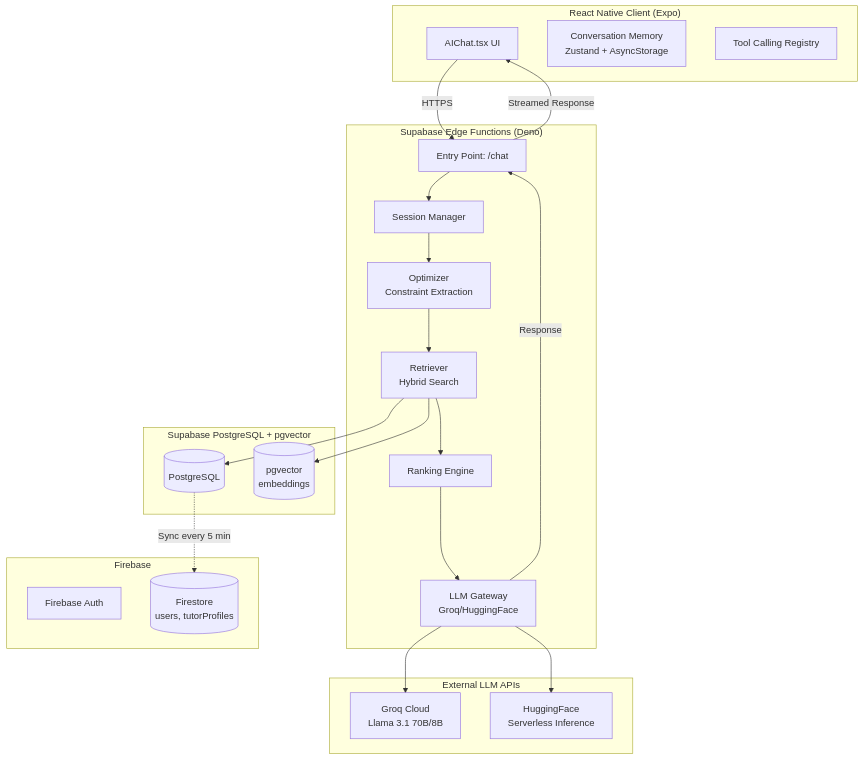
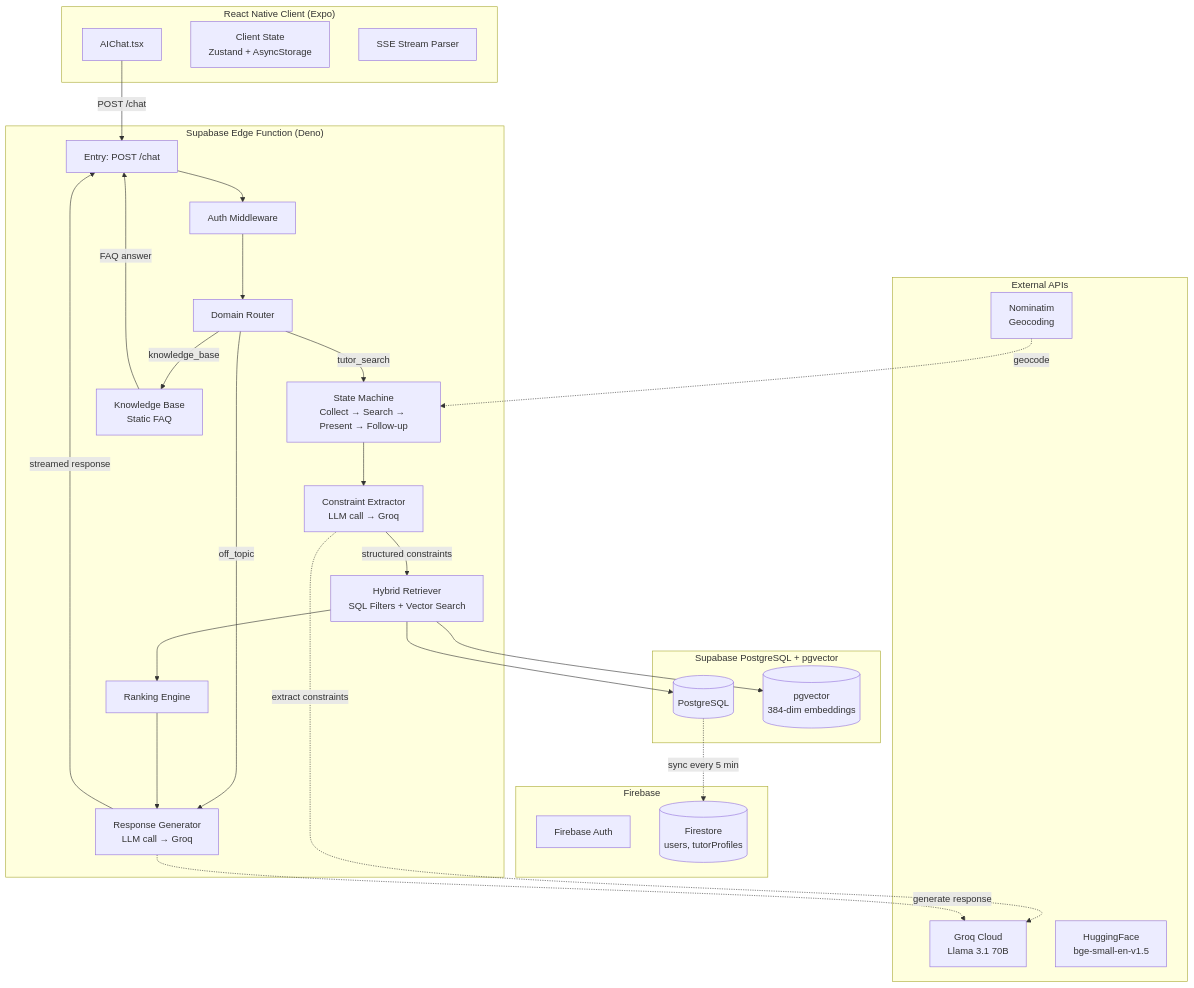
Before and after one commit to SuhanVerse/EdumentX: the first of 3 diagrams in Documentation/01-Architecture/AI_TUTOR_RECOMMENDATION_RAG_SYSTEM.md, drawn with Mermaid. The commit also changed other lines of this file and 123 other files, not shown here.

````diff
--- a/Documentation/01-Architecture/AI_TUTOR_RECOMMENDATION_RAG_SYSTEM.md
+++ b/Documentation/01-Architecture/AI_TUTOR_RECOMMENDATION_RAG_SYSTEM.md
@@ -41,47 +131,57 @@
 ```mermaid
 graph TB
     subgraph "React Native Client (Expo)"
-        AIChat[AIChat.tsx UI]
-        ConvStore[Conversation Memory<br/>Zustand + AsyncStorage]
-        ToolRegistry[Tool Calling Registry]
+        AIChat[AIChat.tsx]
+        ChatStore[Client State<br/>Zustand + AsyncStorage]
+        StreamParser[SSE Stream Parser]
     end
 
-    subgraph "Supabase Edge Functions (Deno)"
-        EP[Entry Point: /chat]
-        SE[Session Manager]
-        OPT[Optimizer<br/>Constraint Extraction]
-        RET[Retriever<br/>Hybrid Search]
+    subgraph "Supabase Edge Function (Deno)"
+        EP["Entry: POST /chat"]
+        AuthMW[Auth Middleware]
+        SM[State Machine<br/>Collect → Search → Present → Follow-up]
+        CE[Constraint Extractor<br/>LLM call → Groq]
+        RET[Hybrid Retriever<br/>SQL Filters + Vector Search]
         RANK[Ranking Engine]
-        LLM_GATE[LLM Gateway<br/>Groq/HuggingFace]
+        LLM_GEN[Response Generator<br/>LLM call → Groq]
+        KB[Knowledge Base<br/>Static FAQ]
+        DR[Domain Router]
     end
 
     subgraph "Supabase PostgreSQL + pgvector"
         PG[(PostgreSQL)]
-        VEC[(pgvector<br/>embeddings)]
+        VEC[(pgvector<br/>384-dim embeddings)]
     end
 
     subgraph "Firebase"
         FA[Firebase Auth]
         FS[(Firestore<br/>users, tutorProfiles)]
     end
 
-    subgraph "External LLM APIs"
-        GROQ[Groq Cloud<br/>Llama 3.1 70B/8B]
-        HF[HuggingFace<br/>Serverless Inference]
+    subgraph "External APIs"
+        GROQ[Groq Cloud<br/>Llama 3.1 70B]
+        HF[HuggingFace<br/>bge-small-en-v1.5]
+        NOM[Nominatim<br/>Geocoding]
     end
 
-    AIChat --> |HTTPS| EP
-    EP --> SE
-    SE --> OPT
-    OPT --> RET
+    AIChat -->|POST /chat| EP
+    EP --> AuthMW
+    AuthMW --> DR
+    DR -->|tutor_search| SM
+    DR -->|knowledge_base| KB
+    DR -->|off_topic| LLM_GEN
+    SM --> CE
+    CE -->|structured constraints| RET
     RET --> PG
     RET --> VEC
     RET --> RANK
-    RANK --> LLM_GATE
-    LLM_GATE --> GROQ
-    LLM_GATE --> HF
-    LLM_GATE --> |Response| EP
-    EP --> |Streamed Response| AIChat
-
-    PG -.-> |Sync every 5 min| FS
+    RANK --> LLM_GEN
+    LLM_GEN -->|streamed response| EP
+    KB -->|FAQ answer| EP
+    
+    CE -.->|"extract constraints"| GROQ
+    LLM_GEN -.->|"generate response"| GROQ
+    
+    PG -.->|"sync every 5 min"| FS
+    NOM -.->|"geocode"| SM
 ```
````
